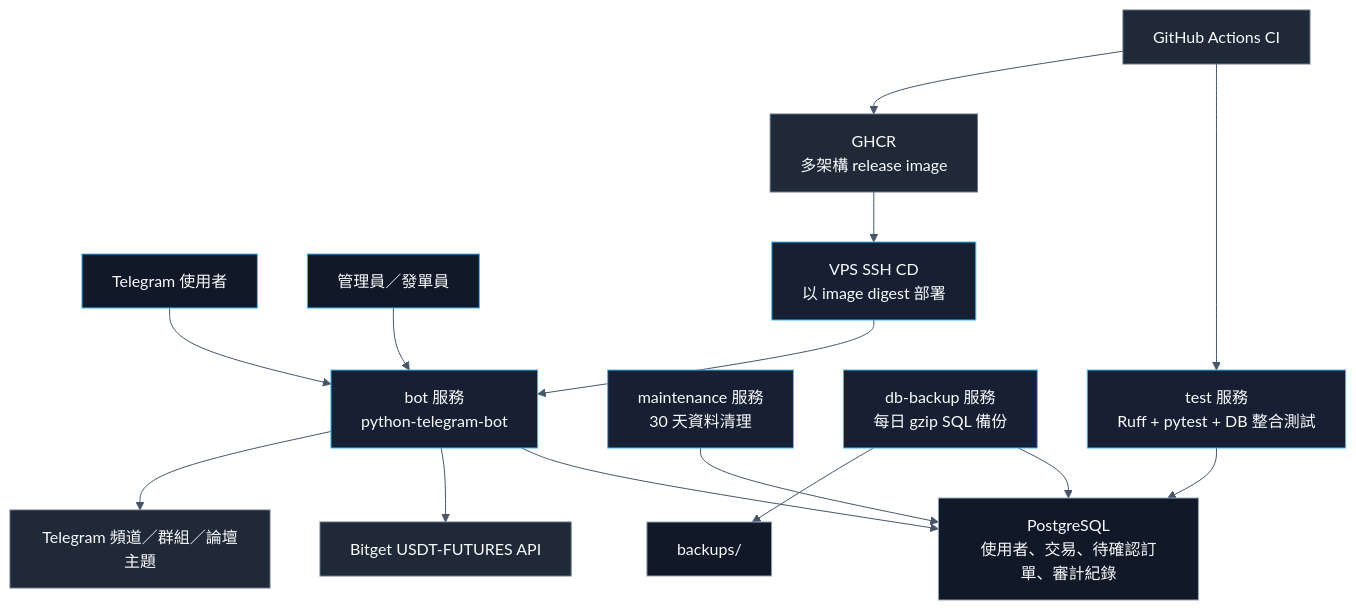
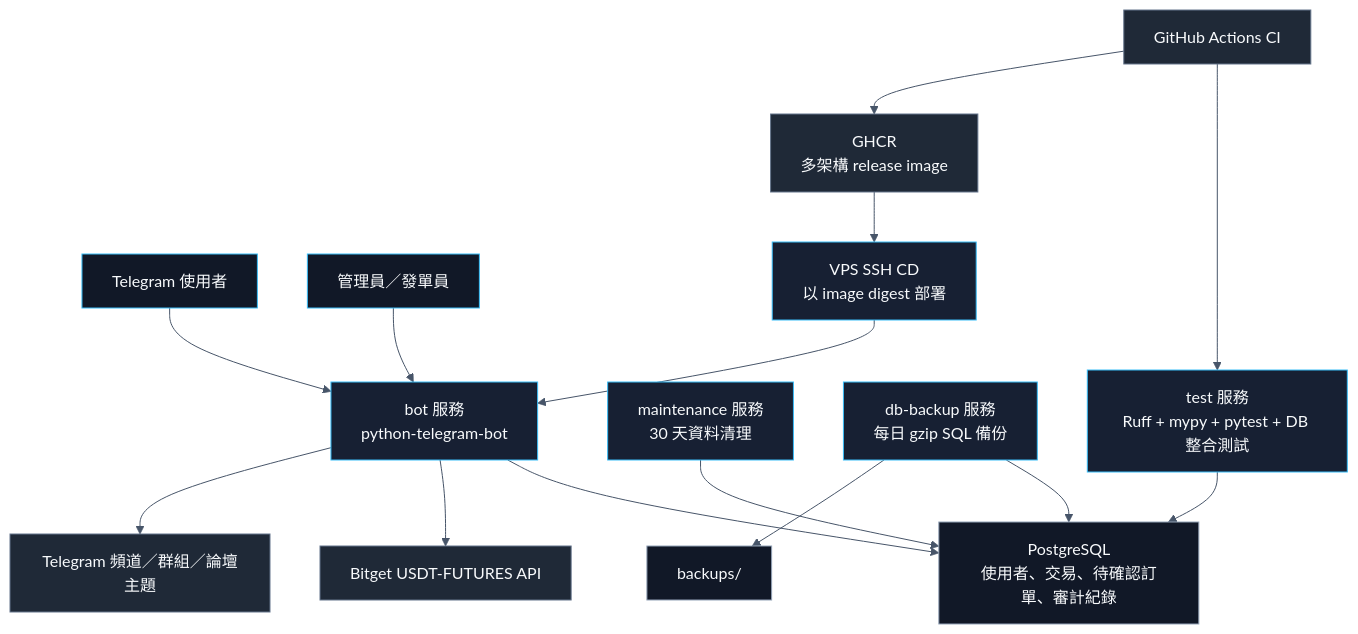
The first of 2 diagrams in readme_zh.md (kaiyn-capital/kaiyn-trading-bot), drawn with Mermaid before and after one commit. The commit also changed other lines of this file and 39 other files, not shown here.

````diff
--- a/readme_zh.md
+++ b/readme_zh.md
@@ -38,32 +38,32 @@
 ```mermaid
 %%{init: {"theme":"base","themeVariables":{"background":"transparent","primaryColor":"#111827","primaryBorderColor":"#38bdf8","primaryTextColor":"#f8fafc","secondaryColor":"#1f2937","secondaryBorderColor":"#64748b","secondaryTextColor":"#f8fafc","tertiaryColor":"#0f172a","tertiaryBorderColor":"#475569","tertiaryTextColor":"#f8fafc","lineColor":"#475569","fontFamily":"Inter, ui-sans-serif, system-ui, sans-serif"}}}%%
 flowchart TD
     users["Telegram 使用者"] --> bot["bot 服務<br/>python-telegram-bot"]
     admins["管理員／發單員"] --> bot
 
     bot --> db["PostgreSQL<br/>使用者、交易、待確認訂單、審計紀錄"]
     bot --> bitget["Bitget USDT-FUTURES API"]
     bot --> channels["Telegram 頻道／群組／論壇主題"]
 
     maintenance["maintenance 服務<br/>30 天資料清理"] --> db
     backup["db-backup 服務<br/>每日 gzip SQL 備份"] --> db
     backup --> files["backups/"]
 
-    ci["GitHub Actions CI"] --> test["test 服務<br/>Ruff + pytest + DB 整合測試"]
+    ci["GitHub Actions CI"] --> test["test 服務<br/>Ruff + mypy + pytest + DB 整合測試"]
     test --> db
     ci --> ghcr["GHCR<br/>多架構 release image"]
     ghcr --> deploy["VPS SSH CD<br/>以 image digest 部署"]
     deploy --> bot
 
     classDef actor fill:#111827,stroke:#38bdf8,color:#f8fafc;
     classDef runtime fill:#0f172a,stroke:#60a5fa,color:#f8fafc;
     classDef storage fill:#111827,stroke:#94a3b8,color:#f8fafc;
     classDef external fill:#1f2937,stroke:#64748b,color:#f8fafc;
     classDef ops fill:#172033,stroke:#38bdf8,color:#f8fafc;
 
     class users,admins actor;
     class bot,maintenance,backup,test ops;
     class db,files storage;
     class bitget,channels,ci,ghcr external;
     class deploy ops;
 ```
````
